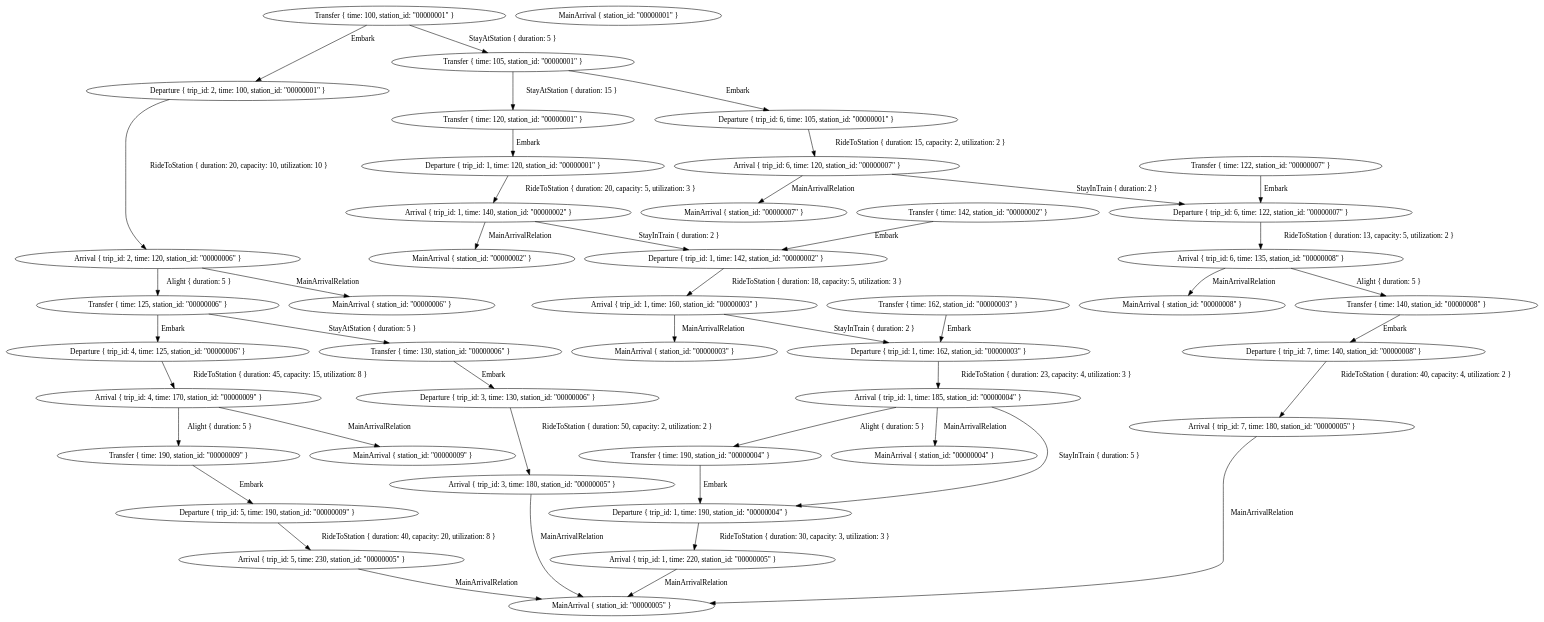
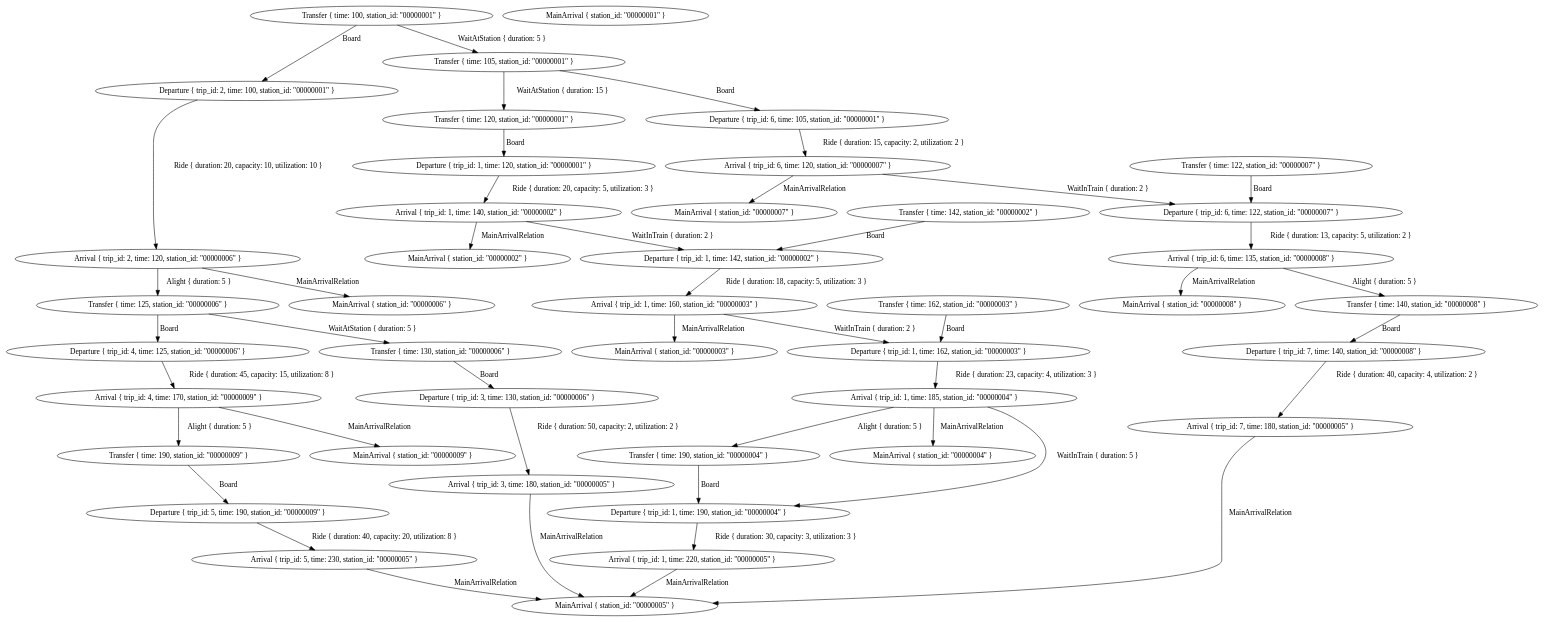
One commit to eliaswendt/mcfp-optimizer changed the diagram in graph.dot. Above: the diagram before and after it, drawn with Graphviz. The commit also changed 3 other files, not shown here.

```diff
--- a/graph.dot
+++ b/graph.dot
@@ -1,88 +1,88 @@
 digraph {
-    0 [ label = "Arrival { trip_id: 1, time: 220, station_id: \"00000005\" }" ]
-    1 [ label = "Departure { trip_id: 1, time: 190, station_id: \"00000004\" }" ]
-    2 [ label = "Arrival { trip_id: 3, time: 180, station_id: \"00000005\" }" ]
-    3 [ label = "Departure { trip_id: 3, time: 130, station_id: \"00000006\" }" ]
-    4 [ label = "Arrival { trip_id: 4, time: 170, station_id: \"00000009\" }" ]
-    5 [ label = "Departure { trip_id: 4, time: 125, station_id: \"00000006\" }" ]
-    6 [ label = "Arrival { trip_id: 2, time: 120, station_id: \"00000006\" }" ]
-    7 [ label = "Departure { trip_id: 2, time: 100, station_id: \"00000001\" }" ]
-    8 [ label = "Arrival { trip_id: 5, time: 230, station_id: \"00000005\" }" ]
-    9 [ label = "Departure { trip_id: 5, time: 190, station_id: \"00000009\" }" ]
-    10 [ label = "Arrival { trip_id: 6, time: 120, station_id: \"00000007\" }" ]
-    11 [ label = "Departure { trip_id: 6, time: 105, station_id: \"00000001\" }" ]
-    12 [ label = "Arrival { trip_id: 6, time: 135, station_id: \"00000008\" }" ]
-    13 [ label = "Departure { trip_id: 6, time: 122, station_id: \"00000007\" }" ]
-    14 [ label = "Arrival { trip_id: 7, time: 180, station_id: \"00000005\" }" ]
-    15 [ label = "Departure { trip_id: 7, time: 140, station_id: \"00000008\" }" ]
-    16 [ label = "Arrival { trip_id: 1, time: 140, station_id: \"00000002\" }" ]
-    17 [ label = "Departure { trip_id: 1, time: 120, station_id: \"00000001\" }" ]
-    18 [ label = "Arrival { trip_id: 1, time: 160, station_id: \"00000003\" }" ]
-    19 [ label = "Departure { trip_id: 1, time: 142, station_id: \"00000002\" }" ]
-    20 [ label = "Arrival { trip_id: 1, time: 185, station_id: \"00000004\" }" ]
-    21 [ label = "Departure { trip_id: 1, time: 162, station_id: \"00000003\" }" ]
-    22 [ label = "MainArrival { station_id: \"00000004\" }" ]
-    23 [ label = "Transfer { time: 190, station_id: \"00000004\" }" ]
-    24 [ label = "MainArrival { station_id: \"00000005\" }" ]
-    25 [ label = "MainArrival { station_id: \"00000001\" }" ]
-    26 [ label = "Transfer { time: 105, station_id: \"00000001\" }" ]
-    27 [ label = "Transfer { time: 120, station_id: \"00000001\" }" ]
-    28 [ label = "Transfer { time: 100, station_id: \"00000001\" }" ]
-    29 [ label = "MainArrival { station_id: \"00000002\" }" ]
-    30 [ label = "Transfer { time: 142, station_id: \"00000002\" }" ]
-    31 [ label = "MainArrival { station_id: \"00000007\" }" ]
-    32 [ label = "Transfer { time: 122, station_id: \"00000007\" }" ]
-    33 [ label = "MainArrival { station_id: \"00000008\" }" ]
-    34 [ label = "Transfer { time: 140, station_id: \"00000008\" }" ]
-    35 [ label = "MainArrival { station_id: \"00000006\" }" ]
-    36 [ label = "Transfer { time: 130, station_id: \"00000006\" }" ]
-    37 [ label = "Transfer { time: 125, station_id: \"00000006\" }" ]
-    38 [ label = "MainArrival { station_id: \"00000009\" }" ]
-    39 [ label = "Transfer { time: 190, station_id: \"00000009\" }" ]
-    40 [ label = "MainArrival { station_id: \"00000003\" }" ]
-    41 [ label = "Transfer { time: 162, station_id: \"00000003\" }" ]
-    1 -> 0 [ label = "RideToStation { duration: 30, capacity: 3, utilization: 3 }" ]
-    3 -> 2 [ label = "RideToStation { duration: 50, capacity: 2, utilization: 2 }" ]
-    5 -> 4 [ label = "RideToStation { duration: 45, capacity: 15, utilization: 8 }" ]
-    7 -> 6 [ label = "RideToStation { duration: 20, capacity: 10, utilization: 10 }" ]
-    9 -> 8 [ label = "RideToStation { duration: 40, capacity: 20, utilization: 8 }" ]
-    11 -> 10 [ label = "RideToStation { duration: 15, capacity: 2, utilization: 2 }" ]
-    13 -> 12 [ label = "RideToStation { duration: 13, capacity: 5, utilization: 2 }" ]
-    15 -> 14 [ label = "RideToStation { duration: 40, capacity: 4, utilization: 2 }" ]
-    17 -> 16 [ label = "RideToStation { duration: 20, capacity: 5, utilization: 3 }" ]
-    19 -> 18 [ label = "RideToStation { duration: 18, capacity: 5, utilization: 3 }" ]
-    21 -> 20 [ label = "RideToStation { duration: 23, capacity: 4, utilization: 3 }" ]
-    23 -> 1 [ label = "Embark" ]
-    20 -> 1 [ label = "StayInTrain { duration: 5 }" ]
-    20 -> 22 [ label = "MainArrivalRelation" ]
-    20 -> 23 [ label = "Alight { duration: 5 }" ]
-    2 -> 24 [ label = "MainArrivalRelation" ]
-    0 -> 24 [ label = "MainArrivalRelation" ]
-    14 -> 24 [ label = "MainArrivalRelation" ]
-    8 -> 24 [ label = "MainArrivalRelation" ]
-    26 -> 11 [ label = "Embark" ]
-    27 -> 17 [ label = "Embark" ]
-    28 -> 7 [ label = "Embark" ]
-    28 -> 26 [ label = "StayAtStation { duration: 5 }" ]
-    26 -> 27 [ label = "StayAtStation { duration: 15 }" ]
-    30 -> 19 [ label = "Embark" ]
-    16 -> 19 [ label = "StayInTrain { duration: 2 }" ]
-    16 -> 29 [ label = "MainArrivalRelation" ]
-    32 -> 13 [ label = "Embark" ]
-    10 -> 13 [ label = "StayInTrain { duration: 2 }" ]
+    0 [ label = "Arrival { trip_id: 1, time: 185, station_id: \"00000004\" }" ]
+    1 [ label = "Departure { trip_id: 1, time: 162, station_id: \"00000003\" }" ]
+    2 [ label = "Arrival { trip_id: 1, time: 220, station_id: \"00000005\" }" ]
+    3 [ label = "Departure { trip_id: 1, time: 190, station_id: \"00000004\" }" ]
+    4 [ label = "Arrival { trip_id: 2, time: 120, station_id: \"00000006\" }" ]
+    5 [ label = "Departure { trip_id: 2, time: 100, station_id: \"00000001\" }" ]
+    6 [ label = "Arrival { trip_id: 1, time: 160, station_id: \"00000003\" }" ]
+    7 [ label = "Departure { trip_id: 1, time: 142, station_id: \"00000002\" }" ]
+    8 [ label = "Arrival { trip_id: 3, time: 180, station_id: \"00000005\" }" ]
+    9 [ label = "Departure { trip_id: 3, time: 130, station_id: \"00000006\" }" ]
+    10 [ label = "Arrival { trip_id: 5, time: 230, station_id: \"00000005\" }" ]
+    11 [ label = "Departure { trip_id: 5, time: 190, station_id: \"00000009\" }" ]
+    12 [ label = "Arrival { trip_id: 1, time: 140, station_id: \"00000002\" }" ]
+    13 [ label = "Departure { trip_id: 1, time: 120, station_id: \"00000001\" }" ]
+    14 [ label = "Arrival { trip_id: 6, time: 135, station_id: \"00000008\" }" ]
+    15 [ label = "Departure { trip_id: 6, time: 122, station_id: \"00000007\" }" ]
+    16 [ label = "Arrival { trip_id: 7, time: 180, station_id: \"00000005\" }" ]
+    17 [ label = "Departure { trip_id: 7, time: 140, station_id: \"00000008\" }" ]
+    18 [ label = "Arrival { trip_id: 6, time: 120, station_id: \"00000007\" }" ]
+    19 [ label = "Departure { trip_id: 6, time: 105, station_id: \"00000001\" }" ]
+    20 [ label = "Arrival { trip_id: 4, time: 170, station_id: \"00000009\" }" ]
+    21 [ label = "Departure { trip_id: 4, time: 125, station_id: \"00000006\" }" ]
+    22 [ label = "MainArrival { station_id: \"00000007\" }" ]
+    23 [ label = "Transfer { time: 122, station_id: \"00000007\" }" ]
+    24 [ label = "MainArrival { station_id: \"00000006\" }" ]
+    25 [ label = "Transfer { time: 125, station_id: \"00000006\" }" ]
+    26 [ label = "Transfer { time: 130, station_id: \"00000006\" }" ]
+    27 [ label = "MainArrival { station_id: \"00000003\" }" ]
+    28 [ label = "Transfer { time: 162, station_id: \"00000003\" }" ]
+    29 [ label = "MainArrival { station_id: \"00000008\" }" ]
+    30 [ label = "Transfer { time: 140, station_id: \"00000008\" }" ]
+    31 [ label = "MainArrival { station_id: \"00000005\" }" ]
+    32 [ label = "MainArrival { station_id: \"00000002\" }" ]
+    33 [ label = "Transfer { time: 142, station_id: \"00000002\" }" ]
+    34 [ label = "MainArrival { station_id: \"00000001\" }" ]
+    35 [ label = "Transfer { time: 120, station_id: \"00000001\" }" ]
+    36 [ label = "Transfer { time: 105, station_id: \"00000001\" }" ]
+    37 [ label = "Transfer { time: 100, station_id: \"00000001\" }" ]
+    38 [ label = "MainArrival { station_id: \"00000004\" }" ]
+    39 [ label = "Transfer { time: 190, station_id: \"00000004\" }" ]
+    40 [ label = "MainArrival { station_id: \"00000009\" }" ]
+    41 [ label = "Transfer { time: 190, station_id: \"00000009\" }" ]
+    1 -> 0 [ label = "Ride { duration: 23, capacity: 4, utilization: 3 }" ]
+    3 -> 2 [ label = "Ride { duration: 30, capacity: 3, utilization: 3 }" ]
+    5 -> 4 [ label = "Ride { duration: 20, capacity: 10, utilization: 10 }" ]
+    7 -> 6 [ label = "Ride { duration: 18, capacity: 5, utilization: 3 }" ]
+    9 -> 8 [ label = "Ride { duration: 50, capacity: 2, utilization: 2 }" ]
+    11 -> 10 [ label = "Ride { duration: 40, capacity: 20, utilization: 8 }" ]
+    13 -> 12 [ label = "Ride { duration: 20, capacity: 5, utilization: 3 }" ]
+    15 -> 14 [ label = "Ride { duration: 13, capacity: 5, utilization: 2 }" ]
+    17 -> 16 [ label = "Ride { duration: 40, capacity: 4, utilization: 2 }" ]
+    19 -> 18 [ label = "Ride { duration: 15, capacity: 2, utilization: 2 }" ]
+    21 -> 20 [ label = "Ride { duration: 45, capacity: 15, utilization: 8 }" ]
+    23 -> 15 [ label = "Board" ]
+    18 -> 15 [ label = "WaitInTrain { duration: 2 }" ]
+    18 -> 22 [ label = "MainArrivalRelation" ]
+    25 -> 21 [ label = "Board" ]
+    26 -> 9 [ label = "Board" ]
+    25 -> 26 [ label = "WaitAtStation { duration: 5 }" ]
+    4 -> 24 [ label = "MainArrivalRelation" ]
+    4 -> 25 [ label = "Alight { duration: 5 }" ]
+    28 -> 1 [ label = "Board" ]
+    6 -> 1 [ label = "WaitInTrain { duration: 2 }" ]
+    6 -> 27 [ label = "MainArrivalRelation" ]
+    30 -> 17 [ label = "Board" ]
+    14 -> 29 [ label = "MainArrivalRelation" ]
+    14 -> 30 [ label = "Alight { duration: 5 }" ]
+    2 -> 31 [ label = "MainArrivalRelation" ]
+    16 -> 31 [ label = "MainArrivalRelation" ]
     10 -> 31 [ label = "MainArrivalRelation" ]
-    34 -> 15 [ label = "Embark" ]
-    12 -> 33 [ label = "MainArrivalRelation" ]
-    12 -> 34 [ label = "Alight { duration: 5 }" ]
-    36 -> 3 [ label = "Embark" ]
-    37 -> 5 [ label = "Embark" ]
-    37 -> 36 [ label = "StayAtStation { duration: 5 }" ]
-    6 -> 35 [ label = "MainArrivalRelation" ]
-    6 -> 37 [ label = "Alight { duration: 5 }" ]
-    39 -> 9 [ label = "Embark" ]
-    4 -> 38 [ label = "MainArrivalRelation" ]
-    4 -> 39 [ label = "Alight { duration: 5 }" ]
-    41 -> 21 [ label = "Embark" ]
-    18 -> 21 [ label = "StayInTrain { duration: 2 }" ]
-    18 -> 40 [ label = "MainArrivalRelation" ]
+    8 -> 31 [ label = "MainArrivalRelation" ]
+    33 -> 7 [ label = "Board" ]
+    12 -> 7 [ label = "WaitInTrain { duration: 2 }" ]
+    12 -> 32 [ label = "MainArrivalRelation" ]
+    35 -> 13 [ label = "Board" ]
+    36 -> 19 [ label = "Board" ]
+    37 -> 5 [ label = "Board" ]
+    37 -> 36 [ label = "WaitAtStation { duration: 5 }" ]
+    36 -> 35 [ label = "WaitAtStation { duration: 15 }" ]
+    39 -> 3 [ label = "Board" ]
+    0 -> 3 [ label = "WaitInTrain { duration: 5 }" ]
+    0 -> 38 [ label = "MainArrivalRelation" ]
+    0 -> 39 [ label = "Alight { duration: 5 }" ]
+    41 -> 11 [ label = "Board" ]
+    20 -> 40 [ label = "MainArrivalRelation" ]
+    20 -> 41 [ label = "Alight { duration: 5 }" ]
 }
```
